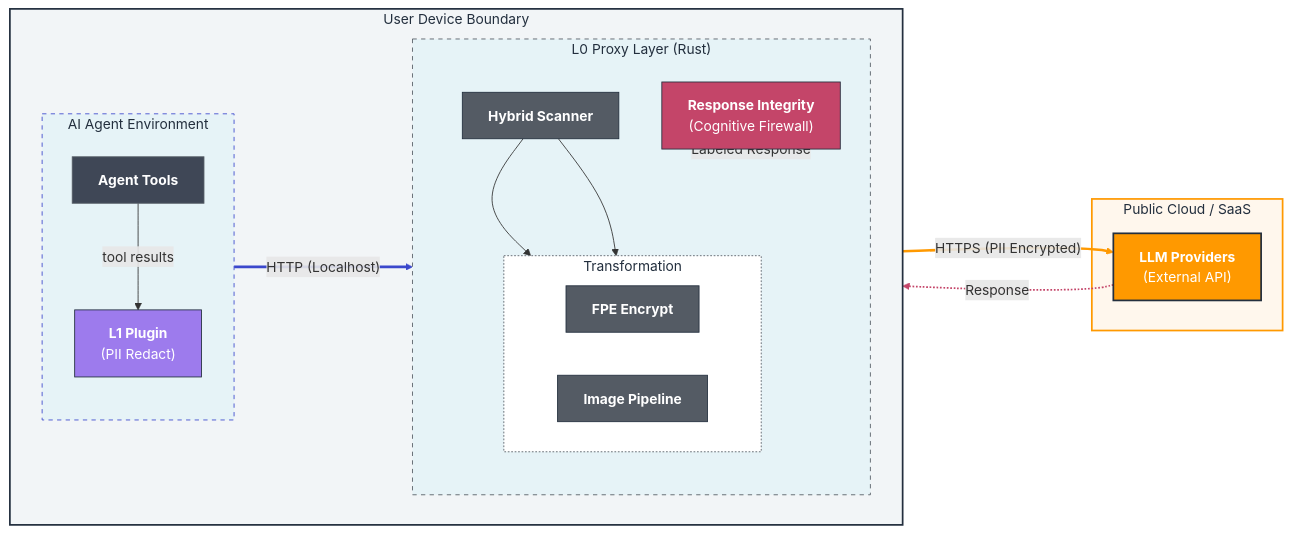
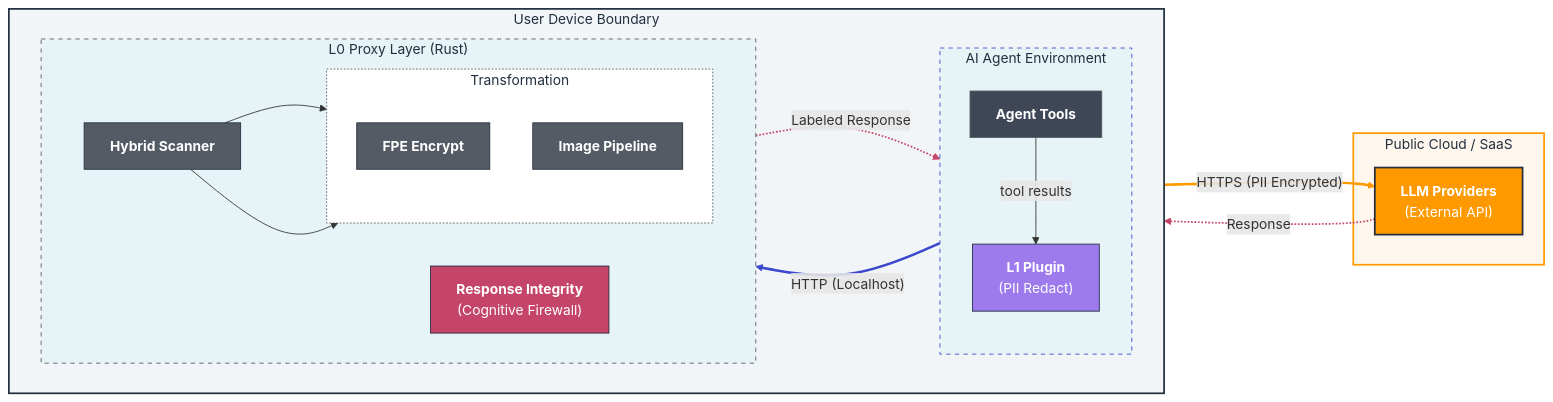
One commit to OpenObscure/OpenObscure changed the third of 6 diagrams in README.md. Above: the diagram before and after it, drawn with Mermaid.

Commit message:
Refactor README mermaid diagram: classDefs, fix circular dep, tighter layout

````diff
--- a/README.md
+++ b/README.md
@@ -198,71 +198,79 @@
 ```mermaid
 flowchart LR
-    %% Direction and Grouping
+    %% Main Boundary
     subgraph Device [" User Device Boundary "]
         direction LR
         
         subgraph Agent [" AI Agent Environment "]
             direction TB
             tools["<b>Agent Tools</b>"]
             L1["<b>L1 Plugin</b><br/>(PII Redact)"]
             
             %% Spacing internal to Agent
             tools -- "tool results" --> L1
         end
 
         subgraph Proxy [" L0 Proxy Layer (Rust) "]
-            direction TB
+            direction LR
             scanner["<b>Hybrid Scanner</b>"]
 
             subgraph Processing [" Transformation "]
-                direction LR
+                %% Stack parallel processes vertically to save horizontal space
+                direction TB
                 fpe["<b>FPE Encrypt</b>"]
                 img["<b>Image Pipeline</b>"]
             end
 
             ri["<b>Response Integrity</b><br/>(Cognitive Firewall)"]
 
             scanner --> fpe
             scanner --> img
         end
 
-        %% Connect Subgraphs
-        Agent == "HTTP (Localhost)" ==> Proxy
+        %% Tighter bounding boxes by linking Node-to-Node
+        L1 == "HTTP (Localhost)" ==> scanner
     end
 
     subgraph External [" Public Cloud / SaaS "]
         llm["<b>LLM Providers</b><br/>(External API)"]
     end
 
     %% Network Connections
-    Proxy == "HTTPS (PII Encrypted)" ==> llm
+    Processing == "HTTPS (PII Encrypted)" ==> llm
     llm -. "Response" .-> ri
-    ri -. "Labeled Response" .-> Proxy
+    
+    %% Fixed circular dependency: Link back to a node rather than a parent subgraph
+    ri -. "Labeled Response" .-> L1
 
     %% --- AWS STYLE STYLING ---
+    %% Replaced inline styles with classDefs for cleaner, maintainable code
     
-    %% Main Boundary
-    style Device fill:#f2f5f7,stroke:#232F3E,stroke-width:2px,color:#232F3E
-    
-    %% Internal Subnets
-    style Agent fill:#e6f3f7,stroke:#3b48cc,stroke-dasharray: 5 5,color:#232F3E
-    style Proxy fill:#e6f3f7,stroke:#545b64,stroke-dasharray: 5 5,color:#232F3E
-    style Processing fill:#ffffff,stroke:#545b64,stroke-dasharray: 2 2,color:#232F3E
+    classDef device fill:#f2f5f7,stroke:#232F3E,stroke-width:2px,color:#232F3E;
+    classDef agent fill:#e6f3f7,stroke:#3b48cc,stroke-dasharray: 5 5,color:#232F3E;
+    classDef proxy fill:#e6f3f7,stroke:#545b64,stroke-dasharray: 5 5,color:#232F3E;
+    classDef processing fill:#ffffff,stroke:#545b64,stroke-dasharray: 2 2,color:#232F3E;
+    classDef external fill:#fff7ed,stroke:#ff9900,stroke-width:2px,color:#232F3E;
 
-    %% Node Styling
-    style tools fill:#3F4756,stroke:#545b64,color:#fff
-    style L1 fill:#9D7BED,stroke:#232F3E,color:#fff
-    style scanner fill:#545b64,stroke:#232F3E,color:#fff
-    style fpe fill:#545b64,stroke:#232F3E,color:#fff
-    style img fill:#545b64,stroke:#232F3E,color:#fff
-    style ri fill:#c44569,stroke:#232F3E,color:#fff
+    classDef toolNode fill:#3F4756,stroke:#545b64,color:#fff;
+    classDef l1Node fill:#9D7BED,stroke:#232F3E,color:#fff;
+    classDef standardNode fill:#545b64,stroke:#232F3E,color:#fff;
+    classDef riNode fill:#c44569,stroke:#232F3E,color:#fff;
+    classDef llmNode fill:#ff9900,stroke:#232F3E,stroke-width:2px,color:#fff;
 
-    %% External Provider Styling
-    style External fill:#fff7ed,stroke:#ff9900,stroke-width:2px,color:#232F3E
-    style llm fill:#ff9900,stroke:#232F3E,stroke-width:2px,color:#fff
+    class Device device;
+    class Agent agent;
+    class Proxy proxy;
+    class Processing processing;
+    class External external;
 
-    %% Link Styling
-    linkStyle 3 stroke:#3b48cc,stroke-width:3px
-    linkStyle 4 stroke:#ff9900,stroke-width:3px
-    linkStyle 5,6 stroke:#c44569,stroke-width:2px
+    class tools toolNode;
+    class L1 l1Node;
+    class scanner,fpe,img standardNode;
+    class ri riNode;
+    class llm llmNode;
+
+    %% Link Styling (Counts match edge declarations from top to bottom)
+    linkStyle 3 stroke:#3b48cc,stroke-width:3px;
+    linkStyle 4 stroke:#ff9900,stroke-width:3px;
+    linkStyle 5,6 stroke:#c44569,stroke-width:2px;
 ```
````
